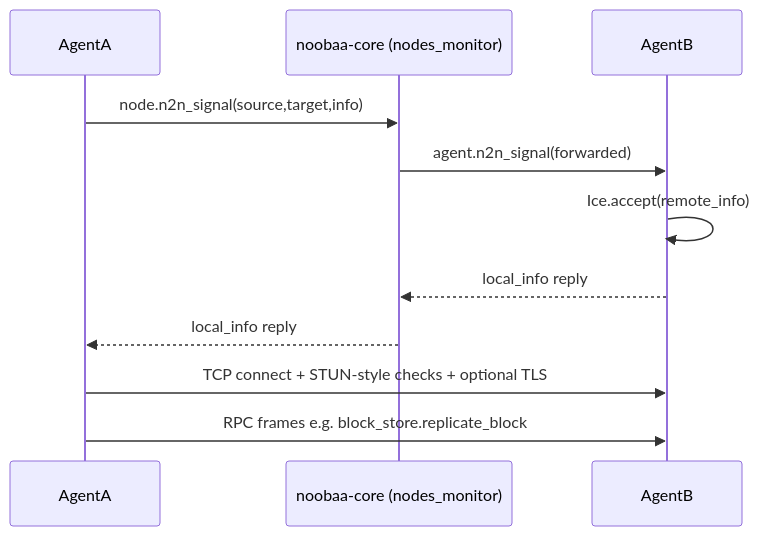
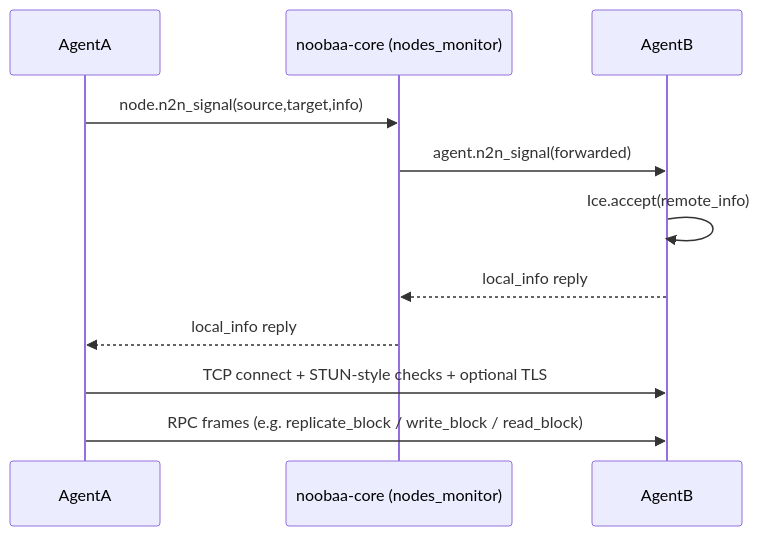
One commit to noobaa/noobaa-core changed the first of 2 diagrams in docs/design/RemoveICE.md. Above: the diagram before and after it, drawn with Mermaid. The commit also changed other lines of this file, not shown here.

Commit message:
CR changes - map n2n communication and not mention only block replication

````diff
--- a/docs/design/RemoveICE.md
+++ b/docs/design/RemoveICE.md
@@ -38,13 +35,13 @@
 ```mermaid
 sequenceDiagram
     participant AgentA
     participant Core as noobaa-core (nodes_monitor)
     participant AgentB
     AgentA->>Core: node.n2n_signal(source,target,info)
     Core->>AgentB: agent.n2n_signal(forwarded)
     AgentB->>AgentB: Ice.accept(remote_info)
     AgentB-->>Core: local_info reply
     Core-->>AgentA: local_info reply
     AgentA->>AgentB: TCP connect + STUN-style checks + optional TLS
-    AgentA->>AgentB: RPC frames e.g. block_store.replicate_block
+    AgentA->>AgentB: RPC frames (e.g. replicate_block / write_block / read_block)
 ```
````
